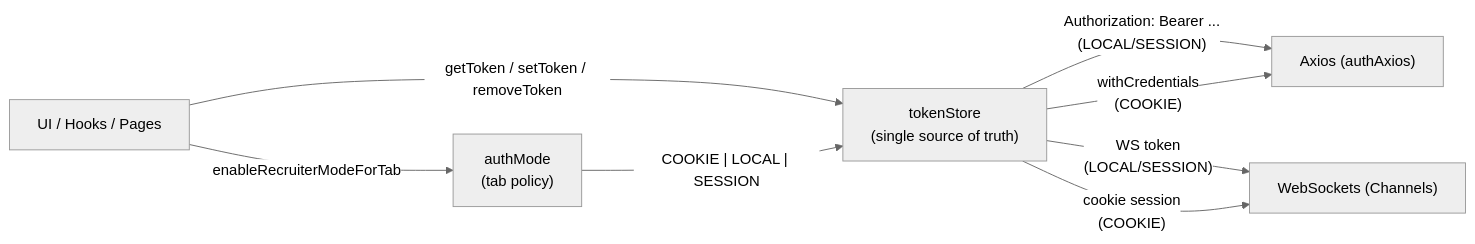
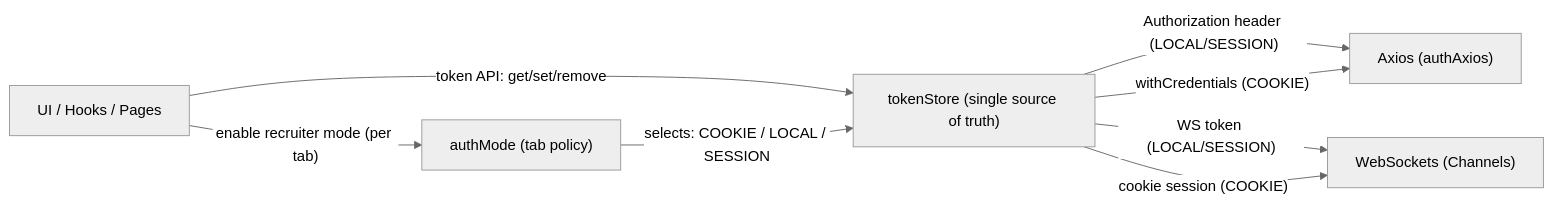
The first of 2 diagrams in AUTH_STORAGE_ARCHITECTURE.md (anthonynarine/tic_tac_toe), drawn with Mermaid (neutral theme) before and after one commit. The commit also changed other lines of this file, not shown here.

````diff
--- a/AUTH_STORAGE_ARCHITECTURE.md
+++ b/AUTH_STORAGE_ARCHITECTURE.md
@@ -59,19 +59,13 @@
 ```mermaid
 flowchart LR
-  UI["UI / Hooks / Pages"] -->|"enableRecruiterModeForTab"| AM["authMode
-(tab policy)"]
-  UI -->|"getToken / setToken / removeToken"| TS["tokenStore
-(single source of truth)"]
+  UI["UI / Hooks / Pages"] -->|"enable recruiter mode (per tab)"| AM["authMode (tab policy)"]
+  UI -->|"token API: get/set/remove"| TS["tokenStore (single source of truth)"]
 
-  AM -->|"COOKIE | LOCAL | SESSION"| TS
+  AM -->|"selects: COOKIE / LOCAL / SESSION"| TS
 
-  TS -->|"Authorization: Bearer ...
-(LOCAL/SESSION)"| AX["Axios (authAxios)"]
-  TS -->|"withCredentials
-(COOKIE)"| AX
+  TS -->|"Authorization header (LOCAL/SESSION)"| AX["Axios (authAxios)"]
+  TS -->|"withCredentials (COOKIE)"| AX
 
-  TS -->|"WS token
-(LOCAL/SESSION)"| WS["WebSockets (Channels)"]
-  TS -->|"cookie session
-(COOKIE)"| WS
+  TS -->|"WS token (LOCAL/SESSION)"| WS["WebSockets (Channels)"]
+  TS -->|"cookie session (COOKIE)"| WS
 ```
````
